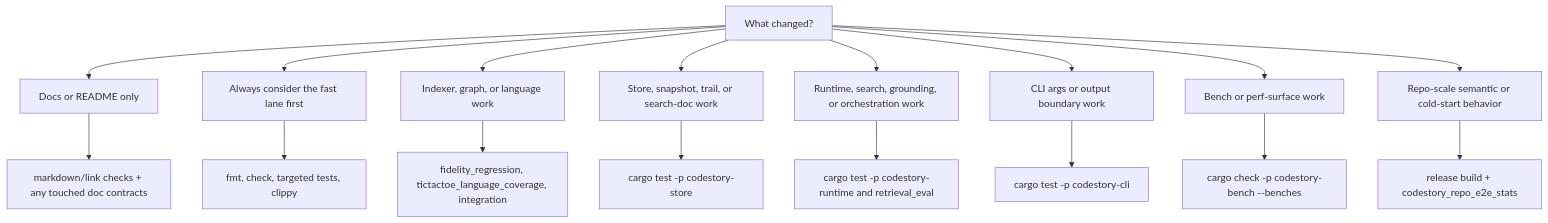
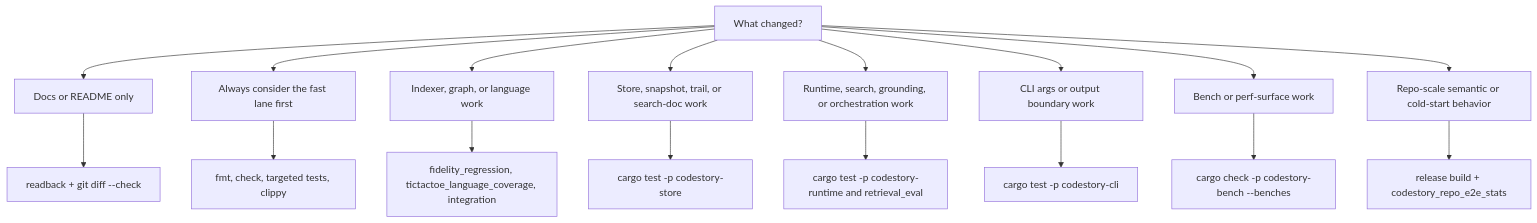
One commit to TheGreenCedar/CodeStory changed the diagram in docs/contributors/testing-matrix.md. Above: the diagram before and after it, drawn with Mermaid. The commit also changed other lines of this file and 11 other files, not shown here.

First line of the commit message:
add mermaid diagrams across docs for visual onboarding (#28)

````diff
--- a/docs/contributors/testing-matrix.md
+++ b/docs/contributors/testing-matrix.md
@@ -7,19 +7,19 @@
 ```mermaid
 flowchart TD
     change["What changed?"] --> docs["Docs or README only"]
     change["What changed?"] --> always["Always consider the fast lane first"]
     change --> indexer["Indexer, graph, or language work"]
     change --> store["Store, snapshot, trail, or search-doc work"]
     change --> runtime["Runtime, search, grounding, or orchestration work"]
     change --> cli["CLI args or output boundary work"]
     change --> bench["Bench or perf-surface work"]
     change --> e2e["Repo-scale semantic or cold-start behavior"]
-    docs --> docs_checks["markdown/link checks + any touched doc contracts"]
+    docs --> docs_checks["readback + git diff --check"]
     always --> workspace["fmt, check, targeted tests, clippy"]
     indexer --> fidelity["fidelity_regression, tictactoe_language_coverage, integration"]
     store --> store_tests["cargo test -p codestory-store"]
     runtime --> runtime_tests["cargo test -p codestory-runtime and retrieval_eval"]
     cli --> cli_tests["cargo test -p codestory-cli"]
     bench --> bench_checks["cargo check -p codestory-bench --benches"]
     e2e --> e2e_stats["release build + codestory_repo_e2e_stats"]
 ```
````
